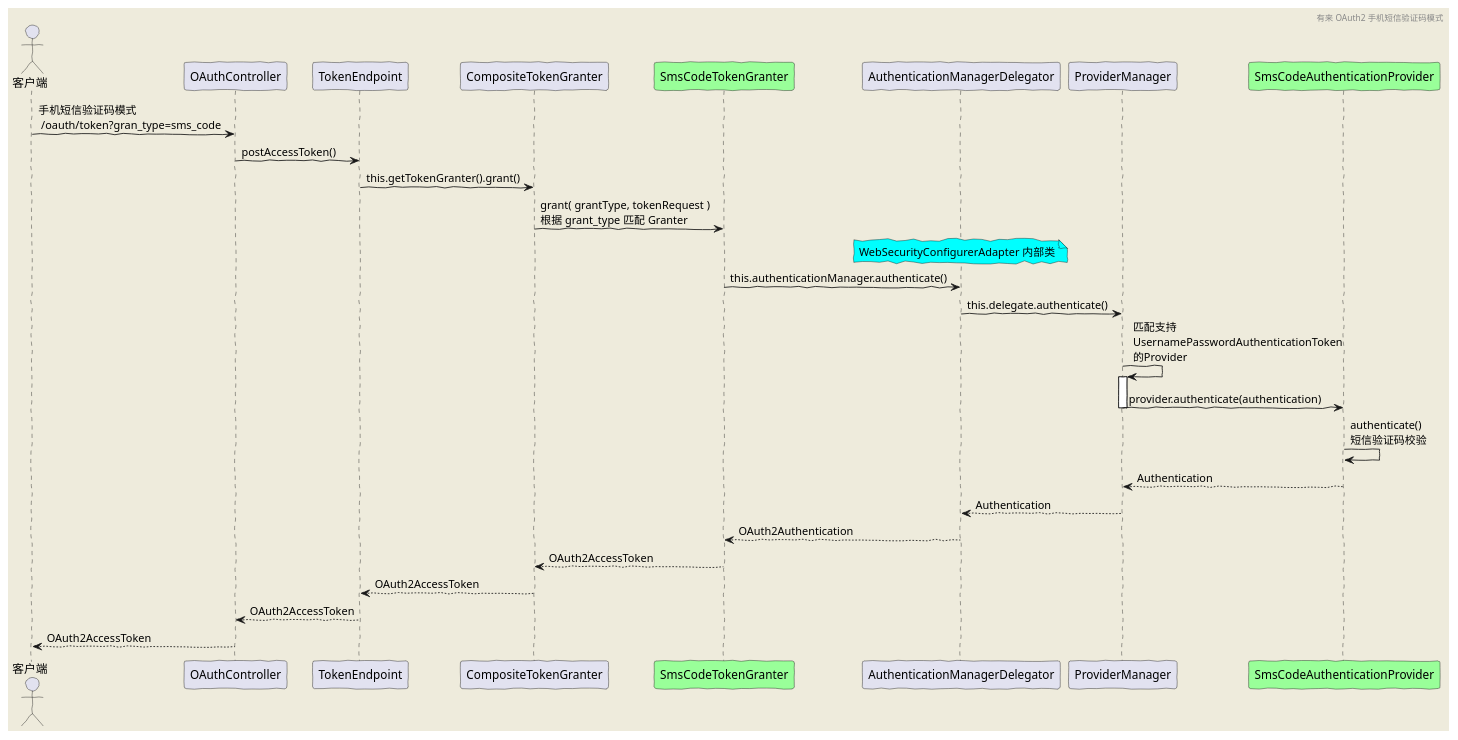
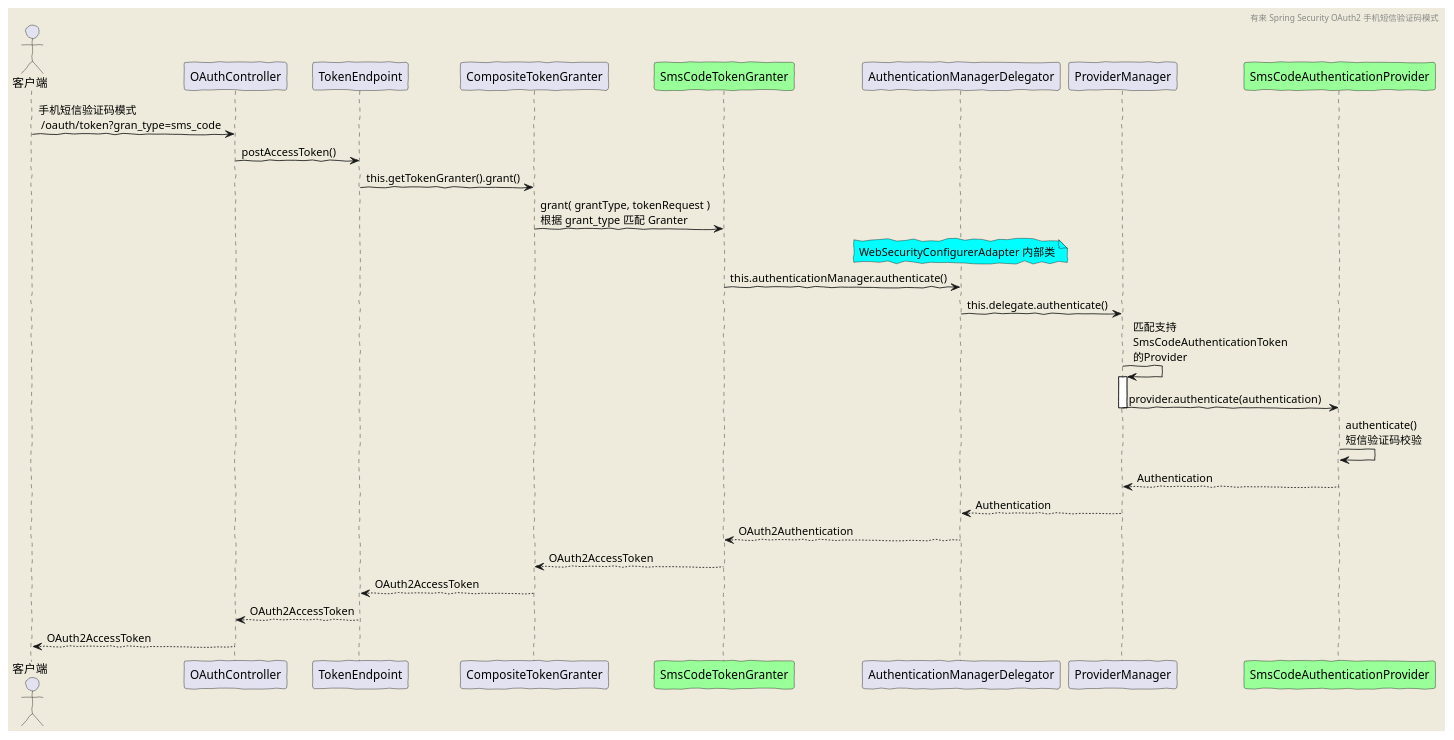
One commit to youlaitech/youlai-mall changed the diagram in doc/diagram/oauth2/sms_code.puml. Above: the diagram before and after it, drawn with PlantUML. The commit also changed 2 other files, not shown here.

Commit message:
style(SmsCodeTokenGranter):注释添加

```diff
--- a/doc/diagram/oauth2/sms_code.puml
+++ b/doc/diagram/oauth2/sms_code.puml
@@ -2,36 +2,36 @@
 @startuml
 'https://plantuml.com/sequence-diagram
 skinparam backgroundColor #EEEBDC
 skinparam handwritten true
 
-header 有来 OAuth2 手机短信验证码模式
+header 有来 Spring Security OAuth2 手机短信验证码模式
 
 actor 客户端
 
 
 客户端 -> OAuthController: 手机短信验证码模式 \n /oauth/token?gran_type=sms_code
 OAuthController -> TokenEndpoint: postAccessToken()
 TokenEndpoint -> CompositeTokenGranter: this.getTokenGranter().grant()
 participant SmsCodeTokenGranter #99FF99
 CompositeTokenGranter->SmsCodeTokenGranter: grant( grantType, tokenRequest )\n根据 grant_type 匹配 Granter
 note over of AuthenticationManagerDelegator #aqua
 WebSecurityConfigurerAdapter 内部类
 end note
 SmsCodeTokenGranter-> AuthenticationManagerDelegator:this.authenticationManager.authenticate()
 AuthenticationManagerDelegator -> ProviderManager: this.delegate.authenticate()
-ProviderManager -> ProviderManager: 匹配支持\nUsernamePasswordAuthenticationToken\n的Provider
+ProviderManager -> ProviderManager: 匹配支持\nSmsCodeAuthenticationToken\n的Provider
 
 activate ProviderManager
 participant SmsCodeAuthenticationProvider #99FF99
 ProviderManager -> SmsCodeAuthenticationProvider: provider.authenticate(authentication)
 deactivate ProviderManager
 
 SmsCodeAuthenticationProvider -> SmsCodeAuthenticationProvider:authenticate()\n短信验证码校验
 ProviderManager <-- SmsCodeAuthenticationProvider: Authentication
 AuthenticationManagerDelegator <-- ProviderManager: Authentication
 SmsCodeTokenGranter <-- AuthenticationManagerDelegator: OAuth2Authentication
 CompositeTokenGranter <-- SmsCodeTokenGranter: OAuth2AccessToken
 TokenEndpoint <-- CompositeTokenGranter:OAuth2AccessToken
 OAuthController <-- TokenEndpoint:OAuth2AccessToken
 客户端 <-- OAuthController: OAuth2AccessToken
 @enduml
```
